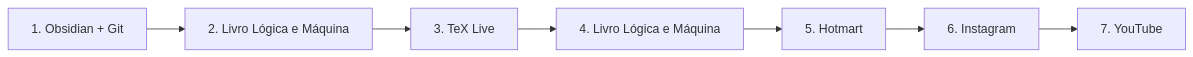
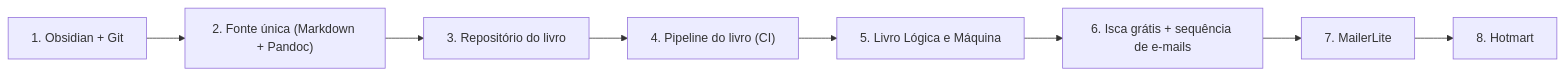
The fourth of 13 diagrams in docs/fluxos.md (AlanMateus17/dev-setup), drawn with Mermaid before and after one commit. The commit also changed other lines of this file and 38 other files, not shown here.

````diff
--- a/docs/fluxos.md
+++ b/docs/fluxos.md
@@ -120,16 +117,18 @@
 ```mermaid
 flowchart LR
   s0["1. Obsidian + Git"]
-  s1["2. Livro Lógica e Máquina"]
-  s2["3. TeX Live"]
-  s3["4. Livro Lógica e Máquina"]
-  s4["5. Hotmart"]
-  s5["6. Instagram"]
-  s6["7. YouTube"]
+  s1["2. Fonte única (Markdown + Pandoc)"]
+  s2["3. Repositório do livro"]
+  s3["4. Pipeline do livro (CI)"]
+  s4["5. Livro Lógica e Máquina"]
+  s5["6. Isca grátis + sequência de e-mails"]
+  s6["7. MailerLite"]
+  s7["8. Hotmart"]
   s0 --> s1
   s1 --> s2
   s2 --> s3
   s3 --> s4
   s4 --> s5
   s5 --> s6
+  s6 --> s7
 ```
````
